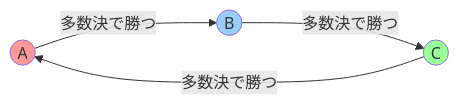
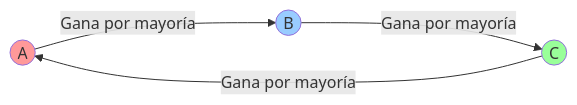
The second of 3 diagrams in content/post/arrows-impossibility-theorem/index.es.md (kenjinote/blog), drawn with Mermaid before and after one commit. The commit also changed other lines of this file and 28 other files, not shown here.

Commit message:
Translate Japanese text inside Mermaid diagrams to respective languages

````diff
--- a/content/post/arrows-impossibility-theorem/index.es.md
+++ b/content/post/arrows-impossibility-theorem/index.es.md
@@ -98,10 +98,10 @@
 ```mermaid
 graph LR
-    A((A)) -->|"多数決で勝つ"| B((B))
-    B -->|"多数決で勝つ"| C((C))
-    C -->|"多数決で勝つ"| A
+    A((A)) -->|"Gana por mayoría"| B((B))
+    B -->|"Gana por mayoría"| C((C))
+    C -->|"Gana por mayoría"| A
     
     style A fill:#ff9999
     style B fill:#99ccff
     style C fill:#99ff99
 ```
````
